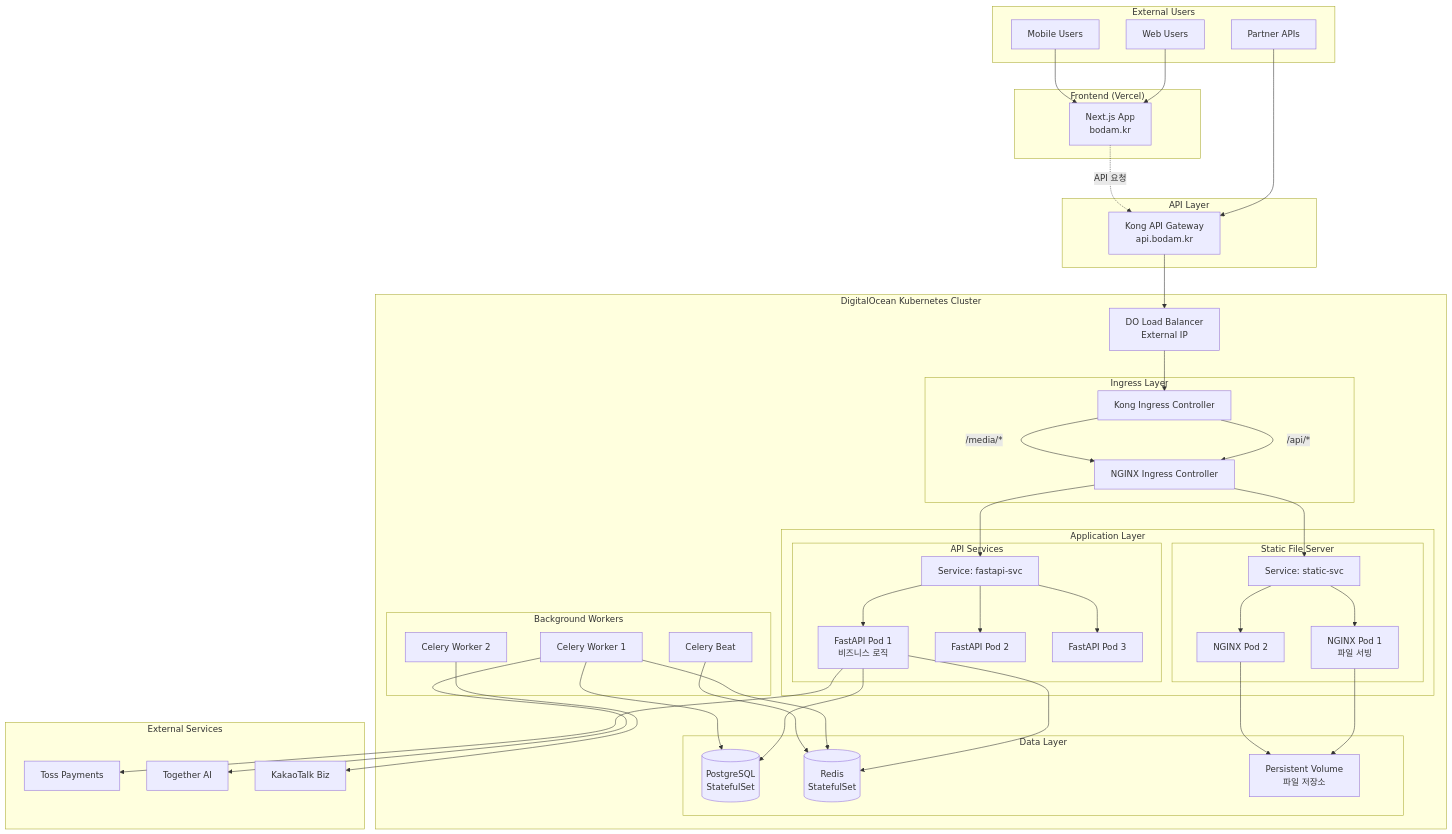
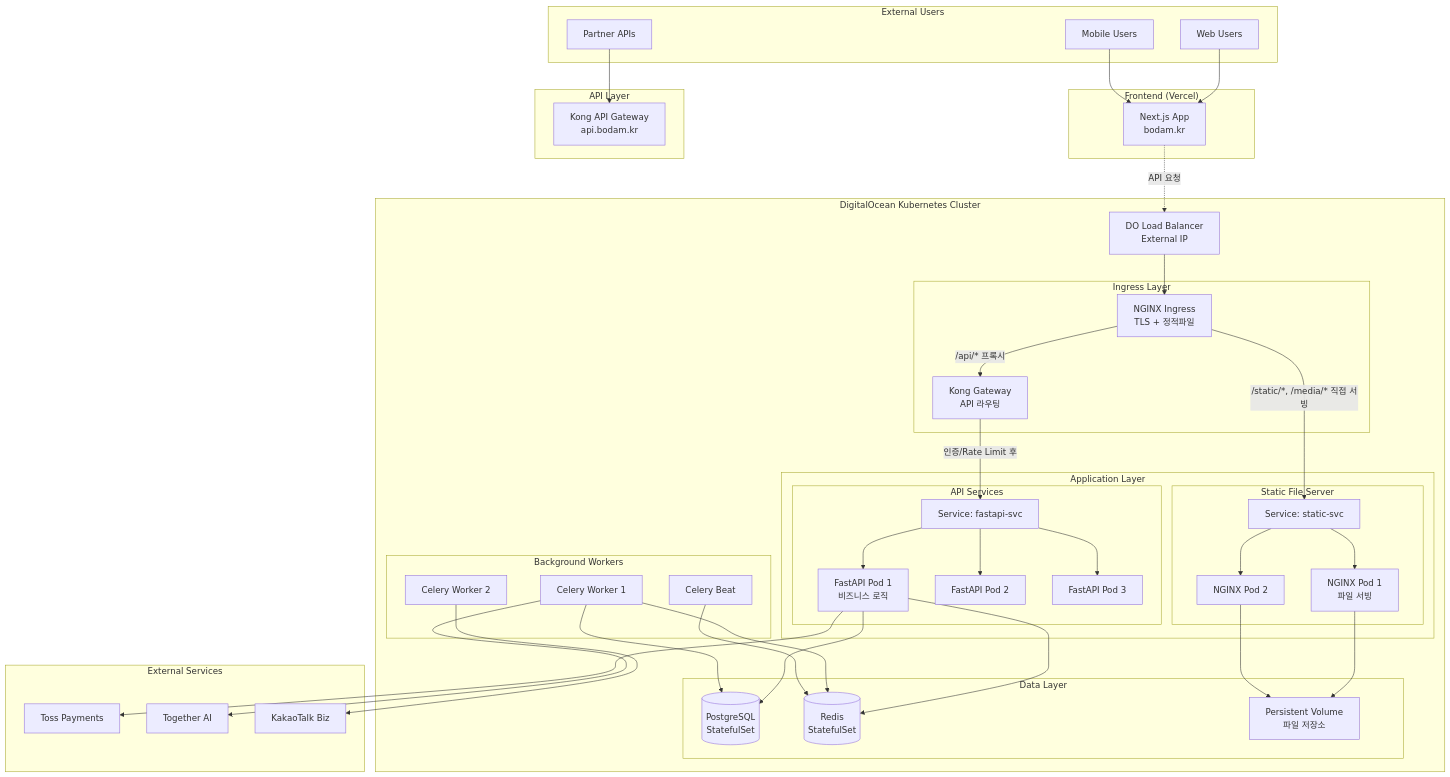
One commit to dlehdgml5328/bodam changed the first of 3 diagrams in docs/DEPLOYMENT-WITH-API-GATEWAY.md. Above: the diagram before and after it, drawn with Mermaid. The commit also changed other lines of this file and 3 other files, not shown here.

```diff
--- a/docs/DEPLOYMENT-WITH-API-GATEWAY.md
+++ b/docs/DEPLOYMENT-WITH-API-GATEWAY.md
@@ -41,8 +44,8 @@
         LB[DO Load Balancer<br/>External IP]
 
         subgraph "Ingress Layer"
-            KongIngress[Kong Ingress Controller]
-            NginxIngress[NGINX Ingress Controller]
+            NginxIngress[NGINX Ingress<br/>TLS + 정적파일]
+            KongGateway[Kong Gateway<br/>API 라우팅]
         end
 
         subgraph "Application Layer"
@@ -83,15 +86,13 @@
     U2 --> V
     U3 --> Kong
 
-    V -.API 요청.-> Kong
-    Kong --> LB
-    LB --> KongIngress
+    V -.API 요청.-> LB
 
-    KongIngress -->|/api/*| NginxIngress
-    KongIngress -->|/media/*| NginxIngress
+    LB --> NginxIngress
+    NginxIngress -->|/api/* 프록시| KongGateway
+    NginxIngress -->|/static/*, /media/* 직접 서빙| NginxService
 
-    NginxIngress --> FastAPIService
-    NginxIngress --> NginxService
+    KongGateway -->|인증/Rate Limit 후| FastAPIService
 
     FastAPIService --> FastAPI1
     FastAPIService --> FastAPI2
```
